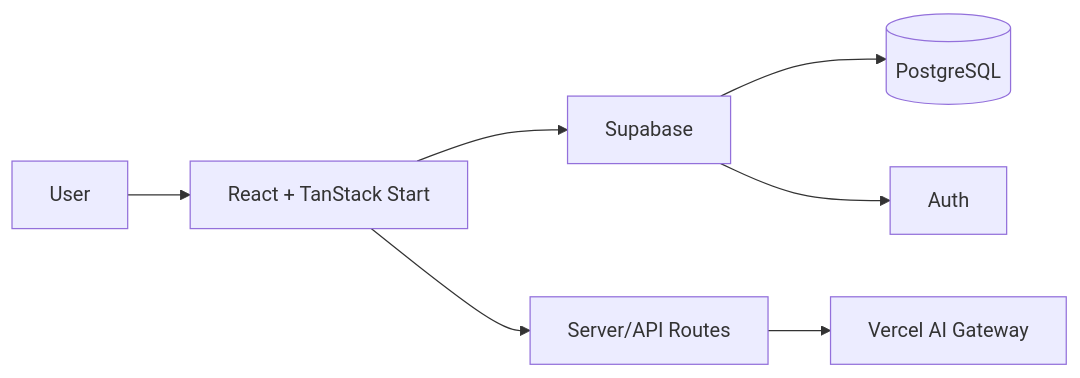
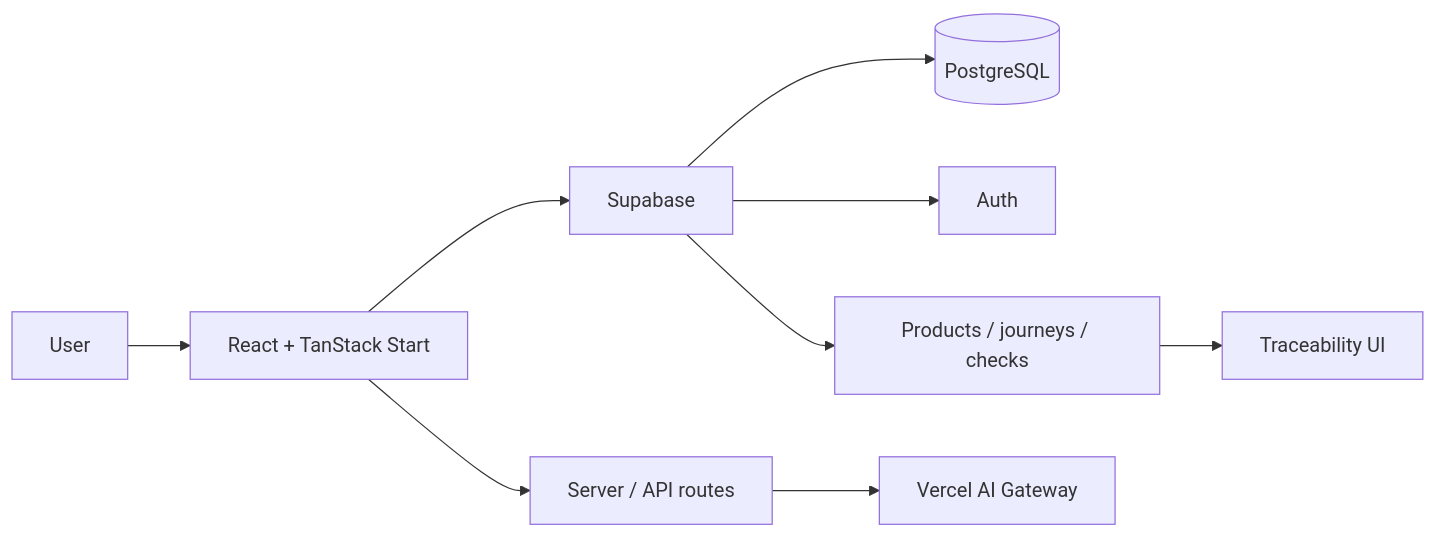
Before and after one commit to xondell/farm-connect-main: the diagram in README.md, drawn with Mermaid. The commit also changed other lines of this file, not shown here.

````diff
--- a/README.md
+++ b/README.md
@@ -52,9 +70,11 @@
 ```mermaid
 flowchart LR
-    U[User] --> A[React + TanStack Start]
-    A --> S[Supabase]
-    A --> C[Server/API Routes]
-    C --> G[Vercel AI Gateway]
-    S --> D[(PostgreSQL)]
-    S --> AU[Auth]
+    U[User] --> APP[React + TanStack Start]
+    APP --> SB[Supabase]
+    APP --> API[Server / API routes]
+    SB --> DB[(PostgreSQL)]
+    SB --> AUTH[Auth]
+    SB --> PROD[Products / journeys / checks]
+    API --> AI[Vercel AI Gateway]
+    PROD --> UI[Traceability UI]
 ```
````
